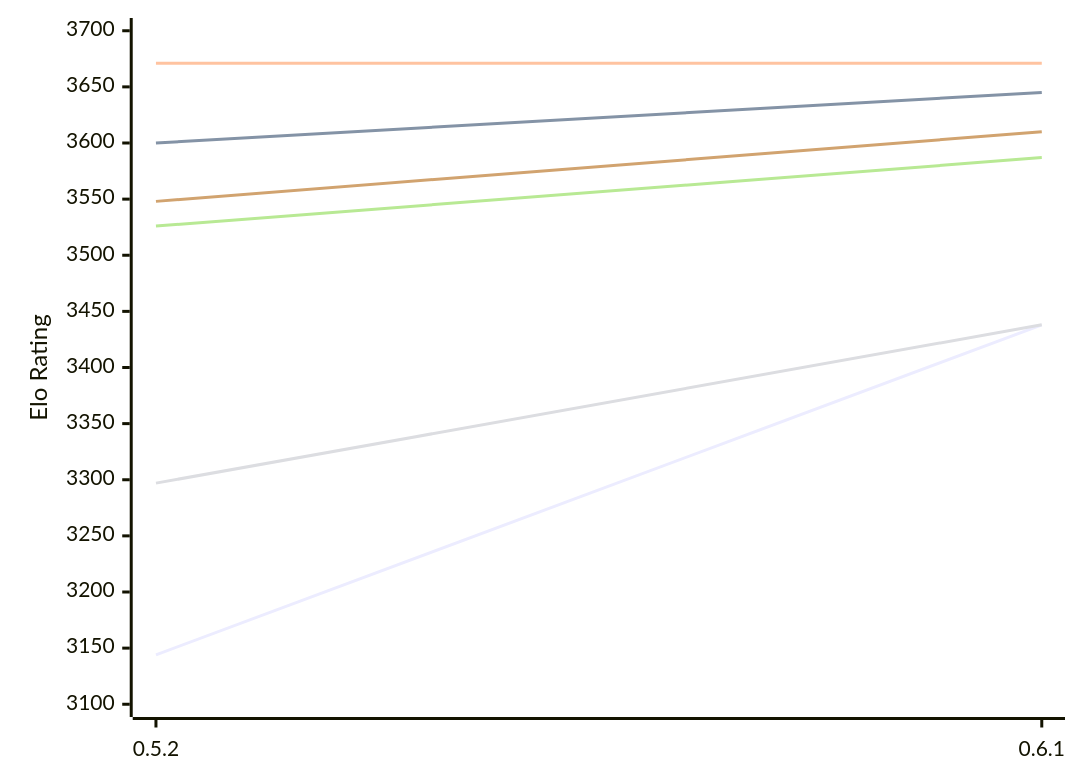
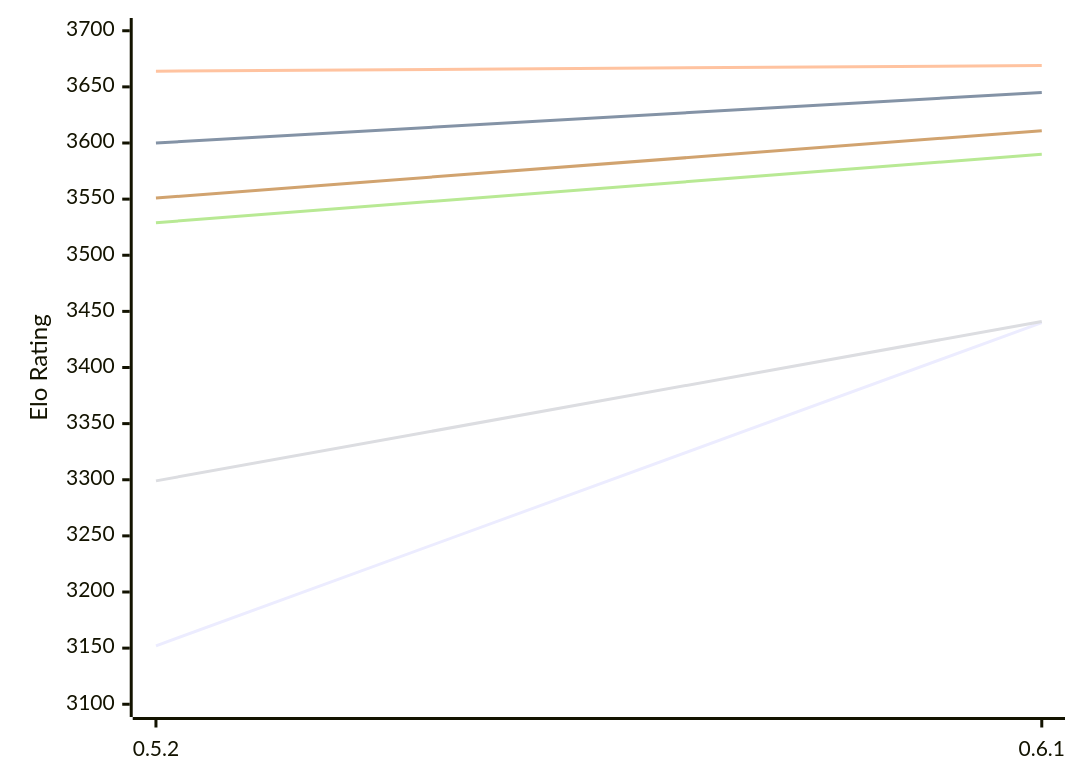
Before and after one commit to computer-chess-index/cci: the first of 2 diagrams in engines/Cinder.md, drawn with Mermaid. The commit also changed other lines of this file, not shown here.

Commit message:
Update CCI Ratings (ELO VLTC) - 2026-11-24

````diff
--- a/engines/Cinder.md
+++ b/engines/Cinder.md
@@ -54,12 +54,12 @@
 ```mermaid
 %%{init: {"theme":"base","themeVariables":{"seriesColors:['#a3a3a3','#222221','#faa371']}}}%%
 xychart-beta
   x-axis ["0.5.2", "0.6.1"]
   y-axis "Elo Rating" 3100 --> 3700
-  line "E1: STC (8.0+0.08s)" [3144, 3438]
+  line "E1: STC (8.0+0.08s)" [3152, 3440]
   line "E1: LTC (60.0+0.60s)" [3600, 3645]
-  line "E1: VLTC (2m24s+1.12s)" [3671, 3671]
-  line "P1: STC (8.0+0.08s)" [3297, 3438]
-  line "P1: LTC (60.0+0.60s)" [3526, 3587]
-  line "P1: VLTC (2m24s+1.12s)" [3548, 3610]
+  line "E1: VLTC (2m24s+1.12s)" [3664, 3669]
+  line "P1: STC (8.0+0.08s)" [3299, 3441]
+  line "P1: LTC (60.0+0.60s)" [3529, 3590]
+  line "P1: VLTC (2m24s+1.12s)" [3551, 3611]
 ```
````
